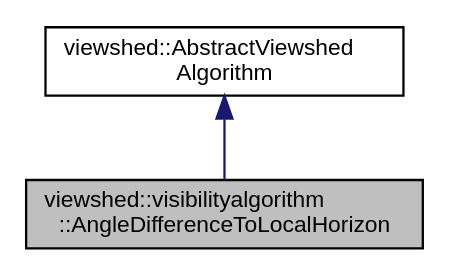
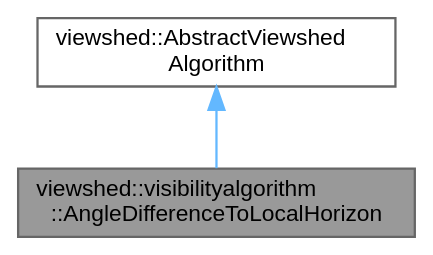
The diagram in classviewshed_1_1visibilityalgorithm_1_1AngleDifferenceToLocalHorizon__coll__graph.dot (JanCaha/cpp-viewshed-library), drawn with Graphviz before and after one commit. The commit also changed 320 other files, not shown here.

```diff
--- a/classviewshed_1_1visibilityalgorithm_1_1AngleDifferenceToLocalHorizon__coll__graph.dot
+++ b/classviewshed_1_1visibilityalgorithm_1_1AngleDifferenceToLocalHorizon__coll__graph.dot
@@ -1,9 +1,10 @@
 digraph "viewshed::visibilityalgorithm::AngleDifferenceToLocalHorizon"
 {
  // LATEX_PDF_SIZE
-  edge [fontname="Helvetica",fontsize="10",labelfontname="Helvetica",labelfontsize="10"];
-  node [fontname="Helvetica",fontsize="10",shape=record];
-  Node1 [label="viewshed::visibilityalgorithm\l::AngleDifferenceToLocalHorizon",height=0.2,width=0.4,color="black", fillcolor="grey75", style="filled", fontcolor="black",tooltip=" "];
-  Node2 -> Node1 [dir="back",color="midnightblue",fontsize="10",style="solid",fontname="Helvetica"];
-  Node2 [label="viewshed::AbstractViewshed\lAlgorithm",height=0.2,width=0.4,color="black", fillcolor="white", style="filled",URL="$classviewshed_1_1AbstractViewshedAlgorithm.html",tooltip="Base class for all Viewshed Algorithms."];
+  bgcolor="transparent";
+  edge [fontname=Helvetica,fontsize=10,labelfontname=Helvetica,labelfontsize=10];
+  node [fontname=Helvetica,fontsize=10,shape=box,height=0.2,width=0.4];
+  Node1 [id="Node000001",label="viewshed::visibilityalgorithm\l::AngleDifferenceToLocalHorizon",height=0.2,width=0.4,color="gray40", fillcolor="grey60", style="filled", fontcolor="black",tooltip=" "];
+  Node2 -> Node1 [id="edge1_Node000001_Node000002",dir="back",color="steelblue1",style="solid",tooltip=" "];
+  Node2 [id="Node000002",label="viewshed::AbstractViewshed\lAlgorithm",height=0.2,width=0.4,color="gray40", fillcolor="white", style="filled",URL="$classviewshed_1_1AbstractViewshedAlgorithm.html",tooltip="Base class for all Viewshed Algorithms."];
 }
```
